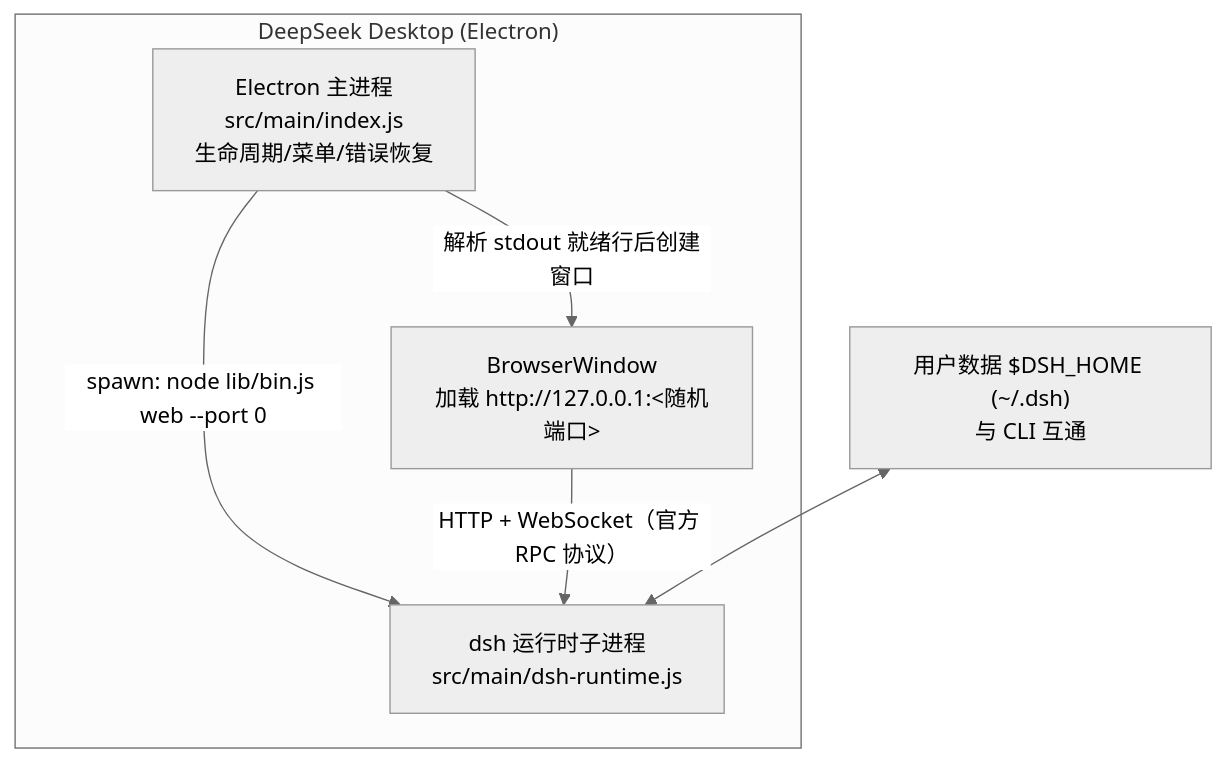
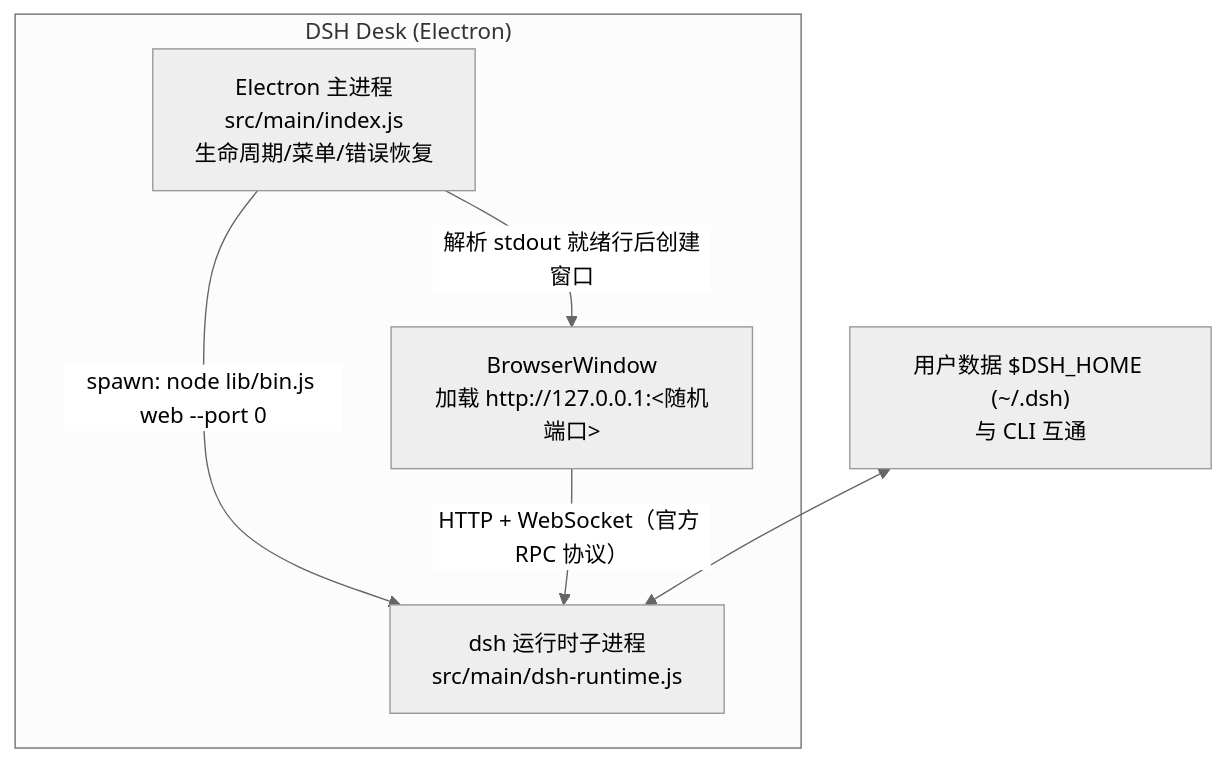
One commit to volcanicll/dsh-desk changed the diagram in README.md. Above: the diagram before and after it, drawn with Mermaid (neutral theme). The commit also changed other lines of this file and 5 other files, not shown here.

Commit message:
Rename project to DSH Desk

````diff
--- a/README.md
+++ b/README.md
@@ -9,12 +9,12 @@
 ```mermaid
 flowchart TB
-    subgraph "DeepSeek Desktop (Electron)"
+    subgraph "DSH Desk (Electron)"
         Main["Electron 主进程<br/>src/main/index.js<br/>生命周期/菜单/错误恢复"]
         Runtime["dsh 运行时子进程<br/>src/main/dsh-runtime.js"]
         Win["BrowserWindow<br/>加载 http://127.0.0.1:&lt;随机端口&gt;"]
         Main -- "spawn: node lib/bin.js web --port 0" --> Runtime
         Main -- "解析 stdout 就绪行后创建窗口" --> Win
         Win -- "HTTP + WebSocket（官方 RPC 协议）" --> Runtime
     end
     Data["用户数据 $DSH_HOME (~/.dsh)<br/>与 CLI 互通"] <--> Runtime
 ```
````
